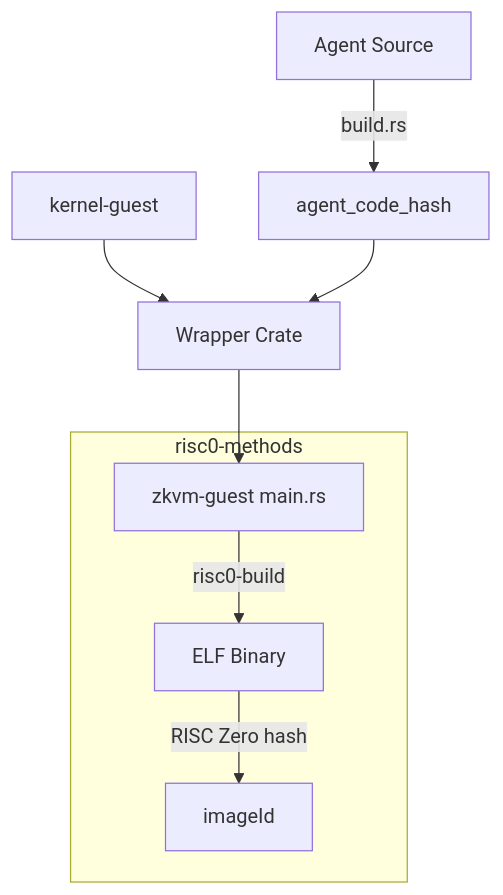
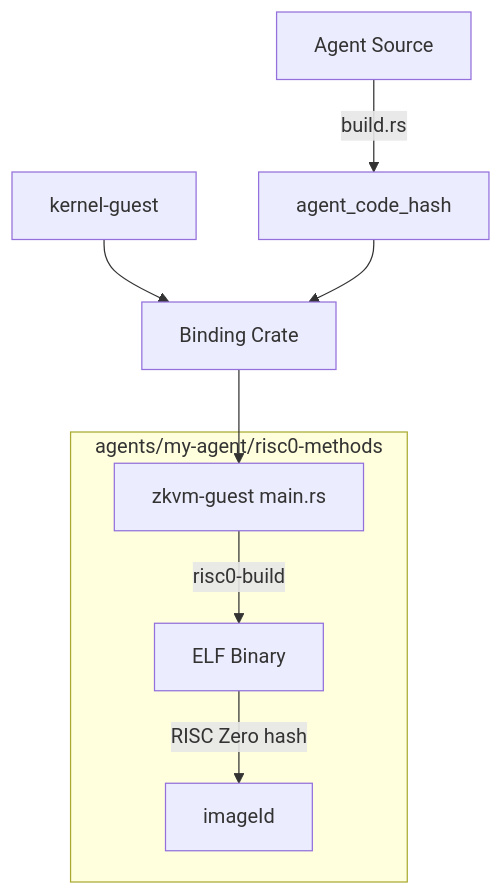
The first of 2 diagrams in execution-kernel/docs/docs/guest-program/risc0-build-pipeline.md (Mehd1b/Tokamak-AI-Layer), drawn with Mermaid before and after one commit. The commit also changed other lines of this file and 8 other files, not shown here.

````diff
--- a/execution-kernel/docs/docs/guest-program/risc0-build-pipeline.md
+++ b/execution-kernel/docs/docs/guest-program/risc0-build-pipeline.md
@@ -12,15 +12,15 @@
 ```mermaid
 flowchart TD
     A[Agent Source] -->|build.rs| B[agent_code_hash]
-    C[kernel-guest] --> D[Wrapper Crate]
+    C[kernel-guest] --> D[Binding Crate]
     B --> D
     D --> E[zkvm-guest main.rs]
     E -->|risc0-build| F[ELF Binary]
     F -->|RISC Zero hash| G[imageId]
 
-    subgraph "risc0-methods"
+    subgraph "agents/my-agent/risc0-methods"
         E
         F
         G
     end
 ```
````
